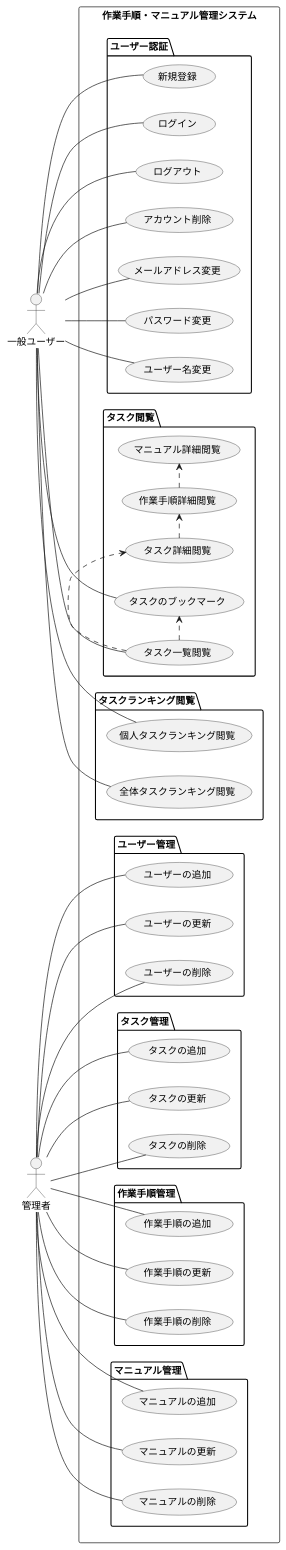
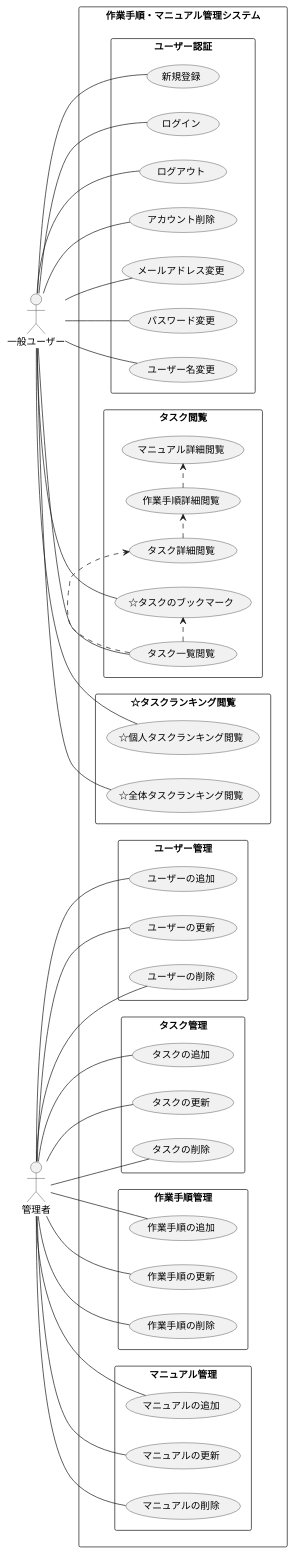
The diagram in documents/usecase_diagram.pu (nyakako/manual_viewer), drawn with PlantUML before and after one commit. The commit also changed 21 other files, not shown here.

```diff
--- a/documents/usecase_diagram.pu
+++ b/documents/usecase_diagram.pu
@@ -1,60 +1,60 @@
 @startuml er_diagram
 
 left to right direction
 
 actor "一般ユーザー" as user
 actor "管理者" as admin
 
 rectangle "作業手順・マニュアル管理システム" {
 
-  package "ユーザー認証" {
+  rectangle "ユーザー認証" {
     user -- (新規登録)
     user -- (ログイン)
     user -- (ログアウト)
     user -- (アカウント削除)
     user -- (メールアドレス変更)
     user -- (パスワード変更)
     user -- (ユーザー名変更)
   }
 
-  package "タスク閲覧" {
+  rectangle "タスク閲覧" {
     user -- (タスク一覧閲覧)
-    user -- (タスクのブックマーク)
+    user -- (☆タスクのブックマーク)
     (タスク一覧閲覧) .> (タスク詳細閲覧)
     (タスク詳細閲覧) .> (作業手順詳細閲覧)
     (作業手順詳細閲覧) .> (マニュアル詳細閲覧)
-    (タスク一覧閲覧) .> (タスクのブックマーク)
+    (タスク一覧閲覧) .> (☆タスクのブックマーク)
   }
 
-  package "タスクランキング閲覧" {
-    user -- (個人タスクランキング閲覧)
-    user -- (全体タスクランキング閲覧)
+  rectangle "☆タスクランキング閲覧" {
+    user -- (☆個人タスクランキング閲覧)
+    user -- (☆全体タスクランキング閲覧)
   }
 
-  package "ユーザー管理" {
+  rectangle "ユーザー管理" {
     admin -- (ユーザーの追加)
     admin -- (ユーザーの更新)
     admin -- (ユーザーの削除)
   }
 
-  package "タスク管理" {
+  rectangle "タスク管理" {
     admin -- (タスクの追加)
     admin -- (タスクの更新)
     admin -- (タスクの削除)
   }
 
-  package "作業手順管理" {
+  rectangle "作業手順管理" {
     admin -- (作業手順の追加)
     admin -- (作業手順の更新)
     admin -- (作業手順の削除)
   }
 
-  package "マニュアル管理" {
+  rectangle "マニュアル管理" {
     admin -- (マニュアルの追加)
     admin -- (マニュアルの更新)
     admin -- (マニュアルの削除)
   }
 
 }
 
 @enduml
```
